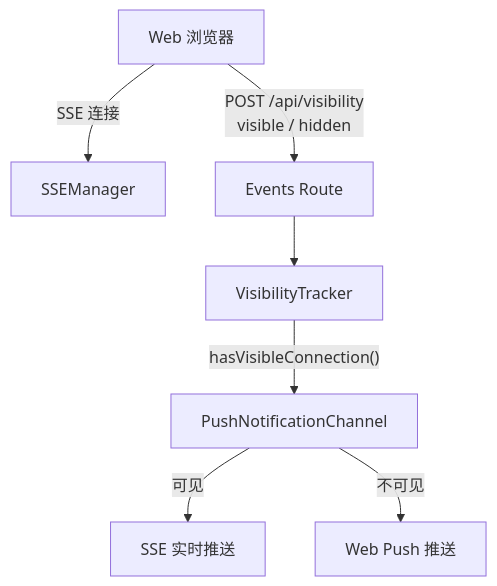
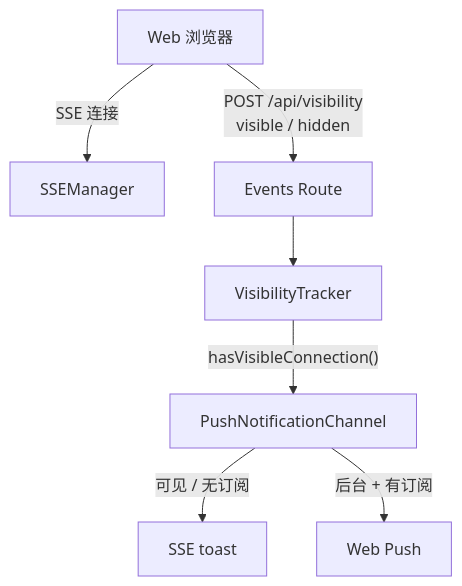
The first of 3 diagrams in docs/architecture/hub/visibility/README.md (ModuBit/mobi), drawn with Mermaid before and after one commit. The commit also changed other lines of this file and 5 other files, not shown here.

````diff
--- a/docs/architecture/hub/visibility/README.md
+++ b/docs/architecture/hub/visibility/README.md
@@ -9,10 +9,10 @@
 ```mermaid
 flowchart TB
     Web["Web 浏览器"] -->|"SSE 连接"| SSE["SSEManager"]
     Web -->|"POST /api/visibility<br/>visible / hidden"| Events["Events Route"]
     Events --> VT["VisibilityTracker"]
 
     VT -->|"hasVisibleConnection()"| PNC["PushNotificationChannel"]
-    PNC -->|"可见"| SSEPath["SSE 实时推送"]
-    PNC -->|"不可见"| PushPath["Web Push 推送"]
+    PNC -->|"可见 / 无订阅"| SSEPath["SSE toast"]
+    PNC -->|"后台 + 有订阅"| PushPath["Web Push"]
 ```
````
